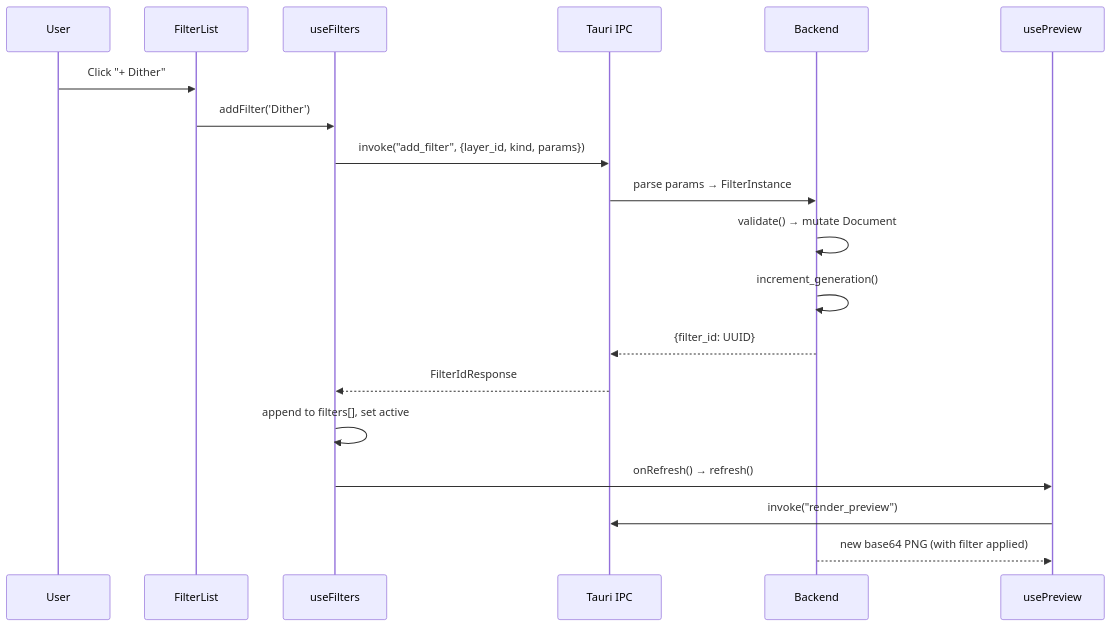
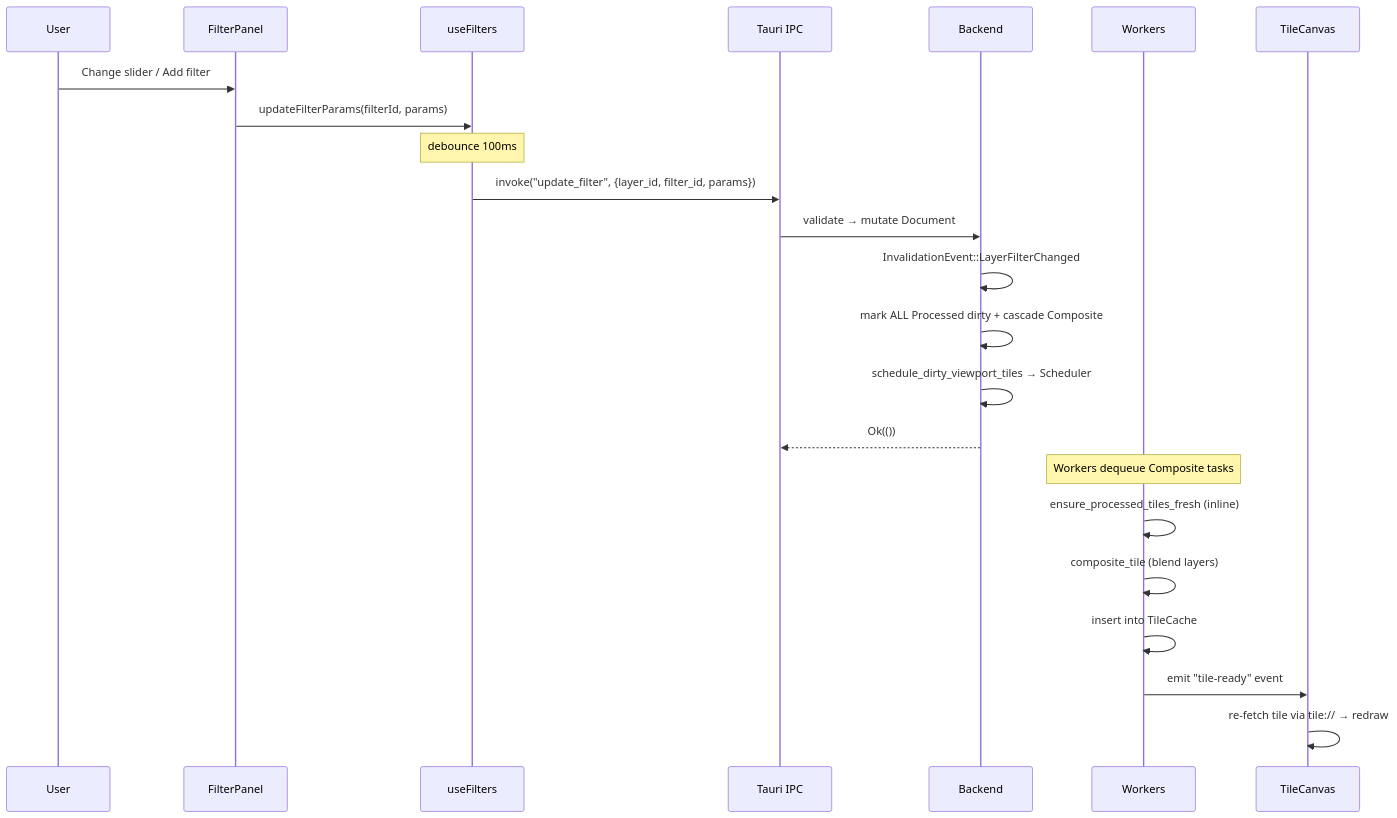
One commit to edrdavid1/dith-yuki changed the seventh of 10 diagrams in ARCHITECTURE.md. Above: the diagram before and after it, drawn with Mermaid. The commit also changed other lines of this file and 35 other files, not shown here.

First line of the commit message:
feat: tile-viewport rendering pipeline

````diff
--- a/ARCHITECTURE.md
+++ b/ARCHITECTURE.md
@@ -979,22 +1182,28 @@
 ```mermaid
 sequenceDiagram
     participant User
-    participant FilterList
+    participant FilterPanel
     participant useFilters
     participant IPC as Tauri IPC
     participant Backend
-    participant usePreview
+    participant Workers
+    participant TileCanvas
 
-    User->>FilterList: Click "+ Dither"
-    FilterList->>useFilters: addFilter('Dither')
-    useFilters->>IPC: invoke("add_filter", {layer_id, kind, params})
-    IPC->>Backend: parse params → FilterInstance
-    Backend->>Backend: validate() → mutate Document
-    Backend->>Backend: increment_generation()
-    Backend-->>IPC: {filter_id: UUID}
-    IPC-->>useFilters: FilterIdResponse
-    useFilters->>useFilters: append to filters[], set active
-    useFilters->>usePreview: onRefresh() → refresh()
-    usePreview->>IPC: invoke("render_preview")
-    Backend-->>usePreview: new base64 PNG (with filter applied)
+    User->>FilterPanel: Change slider / Add filter
+    FilterPanel->>useFilters: updateFilterParams(filterId, params)
+    Note over useFilters: debounce 100ms
+    useFilters->>IPC: invoke("update_filter", {layer_id, filter_id, params})
+    IPC->>Backend: validate → mutate Document
+    Backend->>Backend: InvalidationEvent::LayerFilterChanged
+    Backend->>Backend: mark ALL Processed dirty + cascade Composite
+    Backend->>Backend: schedule_dirty_viewport_tiles → Scheduler
+    Backend-->>IPC: Ok(())
+
+    Note over Workers: Workers dequeue Composite tasks
+    Workers->>Workers: ensure_processed_tiles_fresh (inline)
+    Workers->>Workers: composite_tile (blend layers)
+    Workers->>Workers: insert into TileCache
+    Workers->>TileCanvas: emit "tile-ready" event
+
+    TileCanvas->>TileCanvas: re-fetch tile via tile:// → redraw
 ```
````
